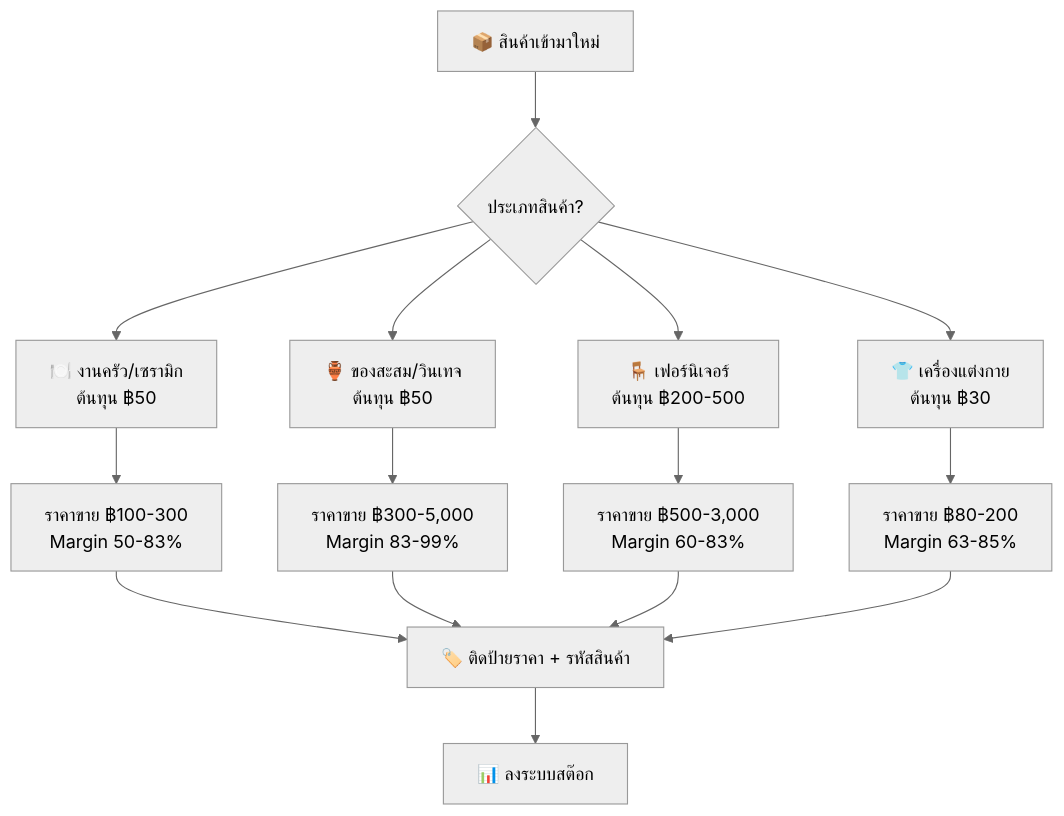
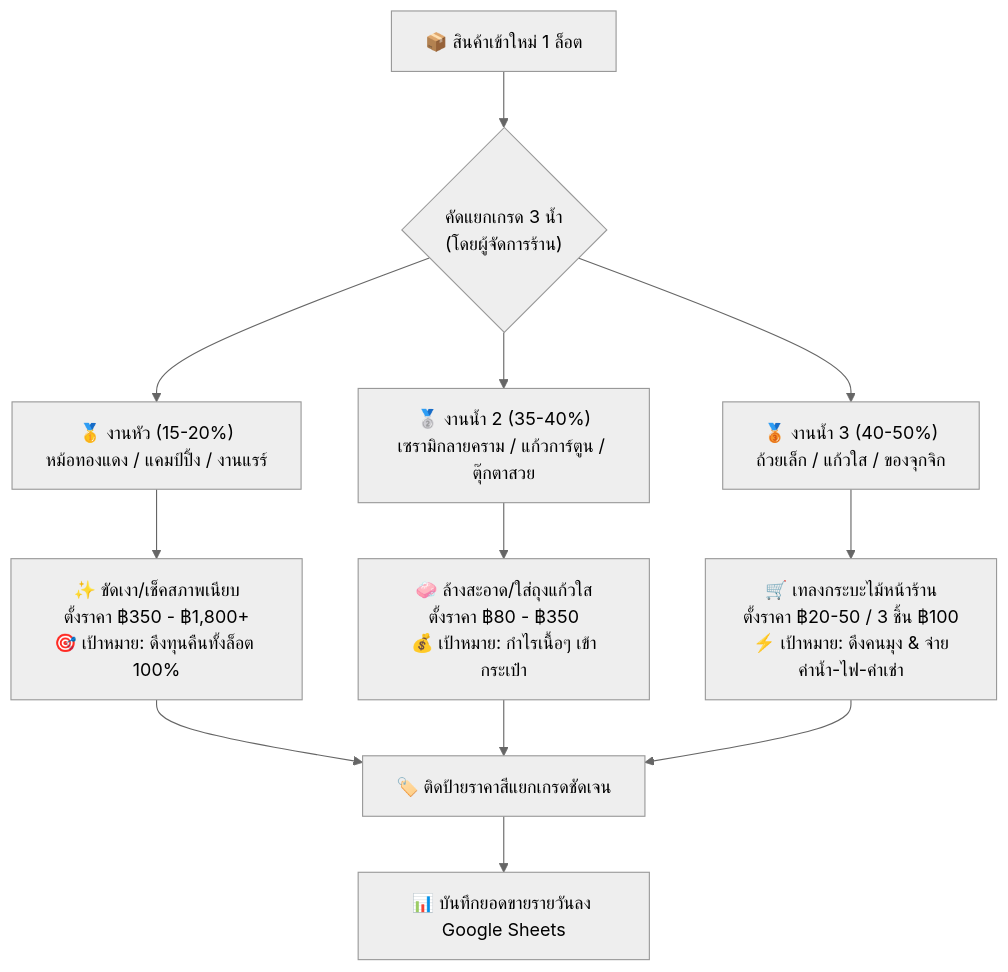
The eighth of 12 diagrams in README.md (temsiripuns100/goods-japan-business-plan), drawn with Mermaid (neutral theme) before and after one commit. The commit also changed other lines of this file, not shown here.

````diff
--- a/README.md
+++ b/README.md
@@ -703,17 +700,15 @@
 ```mermaid
 flowchart TD
-    A["📦 สินค้าเข้ามาใหม่"] --> B{"ประเภทสินค้า?"}
+    A["📦 สินค้าเข้าใหม่ 1 ล็อต"] --> B{"คัดแยกเกรด 3 น้ำ<br/>(โดยผู้จัดการร้าน)"}
     
-    B --> C["🍽️ งานครัว/เซรามิก<br/>ต้นทุน ฿50"]
-    B --> D["🏺 ของสะสม/วินเทจ<br/>ต้นทุน ฿50"]
-    B --> E["🪑 เฟอร์นิเจอร์<br/>ต้นทุน ฿200-500"]
-    B --> F["👕 เครื่องแต่งกาย<br/>ต้นทุน ฿30"]
+    B --> C["🥇 งานหัว (15-20%)<br/>หม้อทองแดง / แคมป์ปิ้ง / งานแรร์"]
+    B --> D["🥈 งานน้ำ 2 (35-40%)<br/>เซรามิกลายคราม / แก้วการ์ตูน / ตุ๊กตาสวย"]
+    B --> E["🥉 งานน้ำ 3 (40-50%)<br/>ถ้วยเล็ก / แก้วใส / ของจุกจิก"]
     
-    C --> C1["ราคาขาย ฿100-300<br/>Margin 50-83%"]
-    D --> D1["ราคาขาย ฿300-5,000<br/>Margin 83-99%"]
-    E --> E1["ราคาขาย ฿500-3,000<br/>Margin 60-83%"]
-    F --> F1["ราคาขาย ฿80-200<br/>Margin 63-85%"]
+    C --> C1["✨ ขัดเงา/เช็คสภาพเนียบ<br/>ตั้งราคา ฿350 - ฿1,800+<br/>🎯 เป้าหมาย: ดึงทุนคืนทั้งล็อต 100%"]
+    D --> D1["🧼 ล้างสะอาด/ใส่ถุงแก้วใส<br/>ตั้งราคา ฿80 - ฿350<br/>💰 เป้าหมาย: กำไรเนื้อๆ เข้ากระเป๋า"]
+    E --> E1["🛒 เทลงกระบะไม้หน้าร้าน<br/>ตั้งราคา ฿20-50 / 3 ชิ้น ฿100<br/>⚡ เป้าหมาย: ดึงคนมุง & จ่ายค่าน้ำ-ไฟ-ค่าเช่า"]
     
-    C1 & D1 & E1 & F1 --> G["🏷️ ติดป้ายราคา + รหัสสินค้า"]
-    G --> H["📊 ลงระบบสต๊อก"]
+    C1 & D1 & E1 --> G["🏷️ ติดป้ายราคาสีแยกเกรดชัดเจน"]
+    G --> H["📊 บันทึกยอดขายรายวันลง Google Sheets"]
 ```
````
